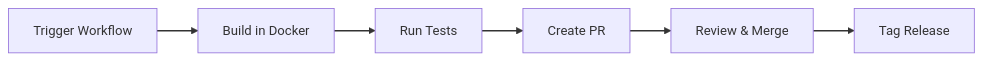
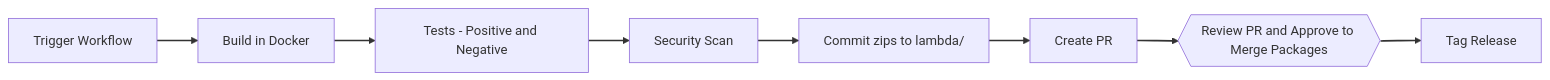
Before and after one commit to datastreamapp/terraform-waf-module: the third of 3 diagrams in README.md, drawn with Mermaid. The commit also changed other lines of this file and 2 other files, not shown here.

Commit message:
docs: update CI/CD pipeline diagrams to show complete flow
- Remove unsupported <br/> tags from Mermaid diagrams
- Remove numbered prefixes (1., 2.) that were parsed as markdown lists
- Simplify Validate step to show tests run inside Docker build
- Add explicit 'Commit zips to lambda/' step in Output
- Add 'Human Review PR and Approve to Merge Packages' step
- Update workflows README ASCII diagram to match
- Update README.md pipeline diagram to show full flow

````diff
--- a/README.md
+++ b/README.md
@@ -347,10 +347,12 @@
 ```mermaid
 flowchart LR
     A[Trigger Workflow] --> B[Build in Docker]
-    B --> C[Run Tests]
-    C --> D[Create PR]
-    D --> E[Review & Merge]
-    E --> F[Tag Release]
+    B --> C[Tests - Positive and Negative]
+    C --> D[Security Scan]
+    D --> E[Commit zips to lambda/]
+    E --> F[Create PR]
+    F --> G{{"Review PR and Approve to Merge Packages"}}
+    G --> H[Tag Release]
 
     linkStyle default stroke:#333,stroke-width:2px
 ```
````
